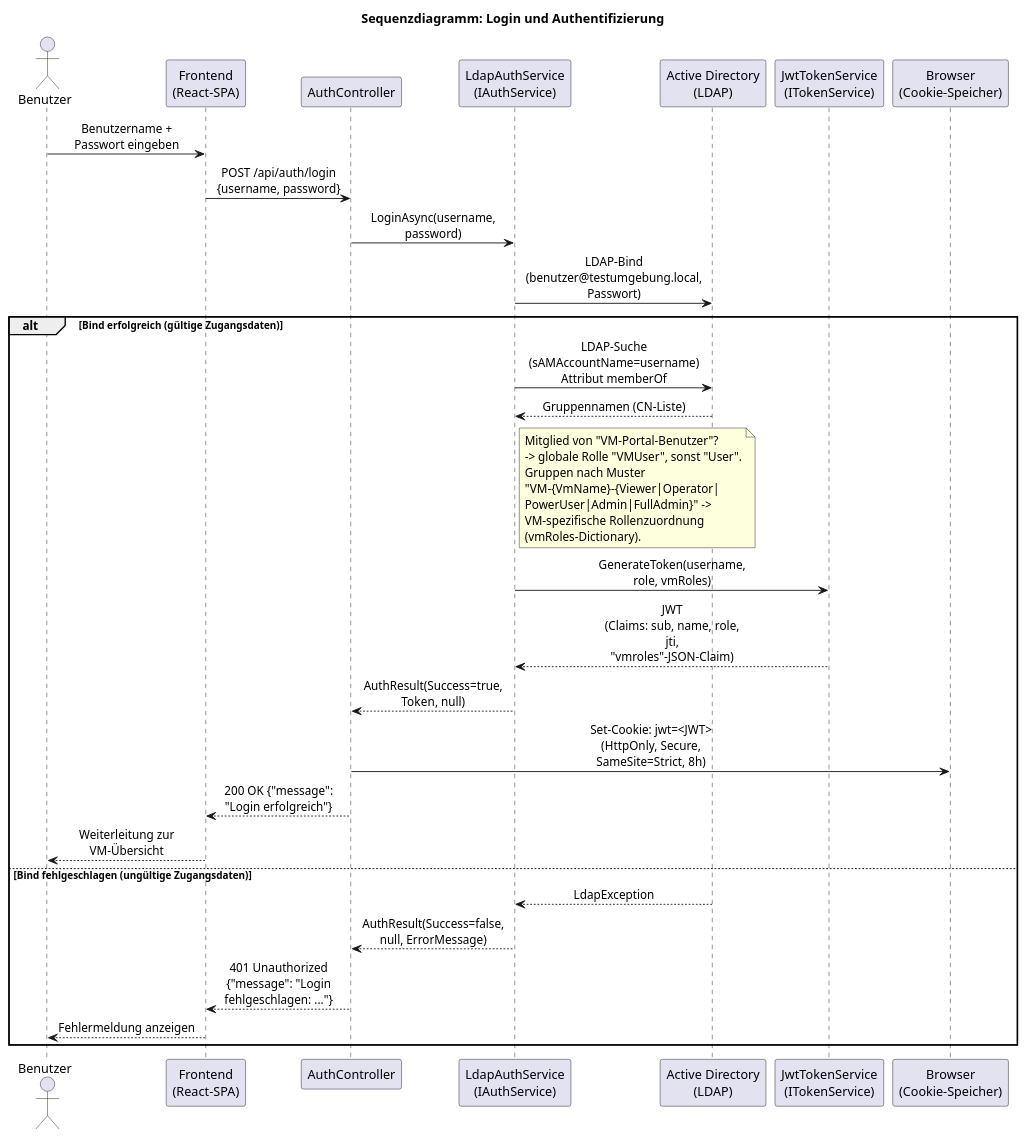
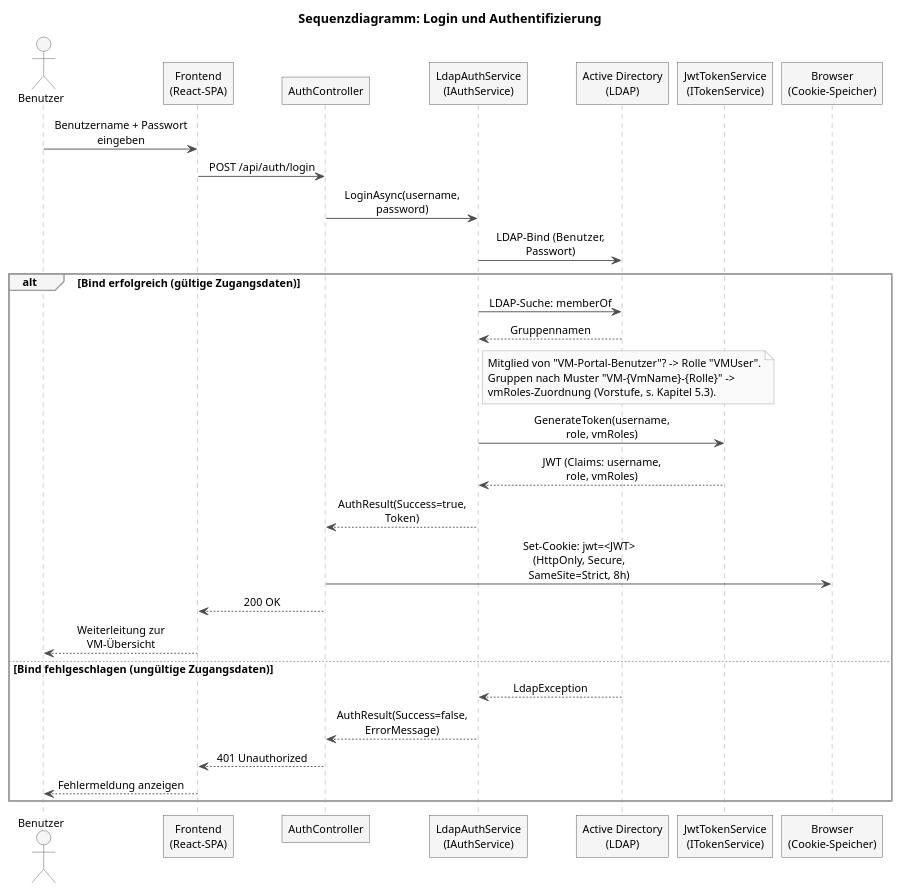
The diagram in thesis/diagrams/sequenz_login.puml (mikaildhbw/vm-portal), drawn with PlantUML before and after one commit. The commit also changed 19 other files, not shown here.

```diff
--- a/thesis/diagrams/sequenz_login.puml
+++ b/thesis/diagrams/sequenz_login.puml
@@ -1,49 +1,62 @@
 @startuml sequenz_login
 title Sequenzdiagramm: Login und Authentifizierung
 
 skinparam backgroundColor white
+skinparam shadowing false
+skinparam roundCorner 0
+skinparam defaultFontSize 12
 skinparam sequenceMessageAlign center
 skinparam maxMessageSize 160
+skinparam sequence {
+  ParticipantBackgroundColor #F5F5F5
+  ParticipantBorderColor #4D4D4D
+  ActorBackgroundColor #F5F5F5
+  ActorBorderColor #4D4D4D
+  LifeLineBorderColor #999999
+  ArrowColor #4D4D4D
+  GroupBackgroundColor #F5F5F5
+  GroupBorderColor #999999
+}
+skinparam note {
+  BackgroundColor #FAFAFA
+  BorderColor #999999
+}
 
 actor Benutzer
 participant "Frontend\n(React-SPA)" as Frontend
 participant "AuthController" as AuthController
 participant "LdapAuthService\n(IAuthService)" as LdapAuthService
 participant "Active Directory\n(LDAP)" as AD
 participant "JwtTokenService\n(ITokenService)" as JwtTokenService
 participant "Browser\n(Cookie-Speicher)" as Browser
 
 Benutzer -> Frontend : Benutzername + Passwort eingeben
-Frontend -> AuthController : POST /api/auth/login\n{username, password}
+Frontend -> AuthController : POST /api/auth/login
 AuthController -> LdapAuthService : LoginAsync(username, password)
-LdapAuthService -> AD : LDAP-Bind\n(benutzer@testumgebung.local, Passwort)
+LdapAuthService -> AD : LDAP-Bind (Benutzer, Passwort)
 
 alt Bind erfolgreich (gültige Zugangsdaten)
-  LdapAuthService -> AD : LDAP-Suche (sAMAccountName=username)\nAttribut memberOf
-  AD --> LdapAuthService : Gruppennamen (CN-Liste)
+  LdapAuthService -> AD : LDAP-Suche: memberOf
+  AD --> LdapAuthService : Gruppennamen
 
   note right of LdapAuthService
-    Mitglied von "VM-Portal-Benutzer"?
-    -> globale Rolle "VMUser", sonst "User".
-    Gruppen nach Muster
-    "VM-{VmName}-{Viewer|Operator|
-    PowerUser|Admin|FullAdmin}" ->
-    VM-spezifische Rollenzuordnung
-    (vmRoles-Dictionary).
+    Mitglied von "VM-Portal-Benutzer"? -> Rolle "VMUser".
+    Gruppen nach Muster "VM-{VmName}-{Rolle}" ->
+    vmRoles-Zuordnung (Vorstufe, s. Kapitel 5.3).
   end note
 
   LdapAuthService -> JwtTokenService : GenerateToken(username, role, vmRoles)
-  JwtTokenService --> LdapAuthService : JWT\n(Claims: sub, name, role, jti,\n"vmroles"-JSON-Claim)
-  LdapAuthService --> AuthController : AuthResult(Success=true, Token, null)
+  JwtTokenService --> LdapAuthService : JWT (Claims: username, role, vmRoles)
+  LdapAuthService --> AuthController : AuthResult(Success=true, Token)
   AuthController -> Browser : Set-Cookie: jwt=<JWT>\n(HttpOnly, Secure, SameSite=Strict, 8h)
-  AuthController --> Frontend : 200 OK {"message": "Login erfolgreich"}
+  AuthController --> Frontend : 200 OK
   Frontend --> Benutzer : Weiterleitung zur VM-Übersicht
 
 else Bind fehlgeschlagen (ungültige Zugangsdaten)
   AD --> LdapAuthService : LdapException
-  LdapAuthService --> AuthController : AuthResult(Success=false, null, ErrorMessage)
-  AuthController --> Frontend : 401 Unauthorized\n{"message": "Login fehlgeschlagen: ..."}
+  LdapAuthService --> AuthController : AuthResult(Success=false, ErrorMessage)
+  AuthController --> Frontend : 401 Unauthorized
   Frontend --> Benutzer : Fehlermeldung anzeigen
 end
 
 @enduml
```
